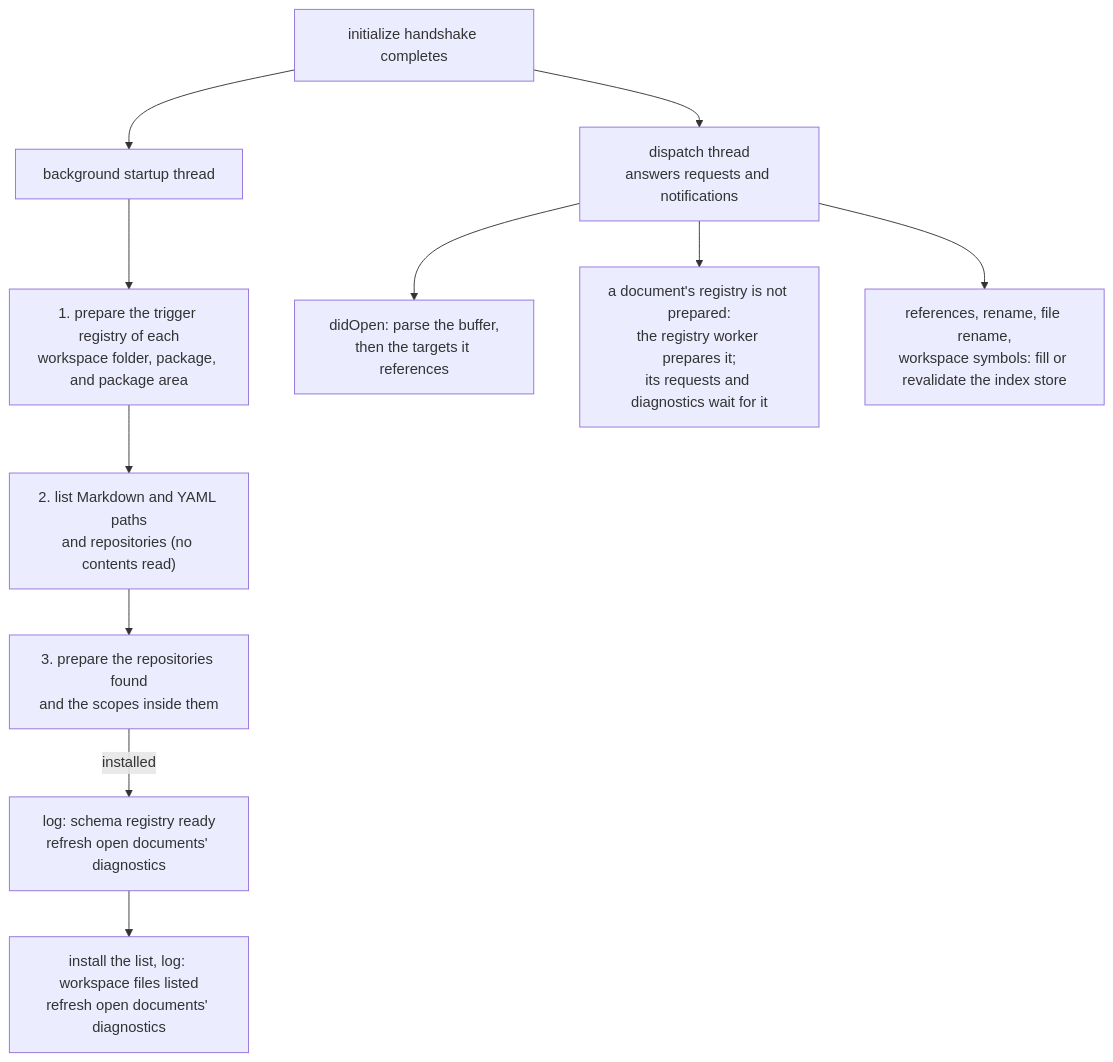
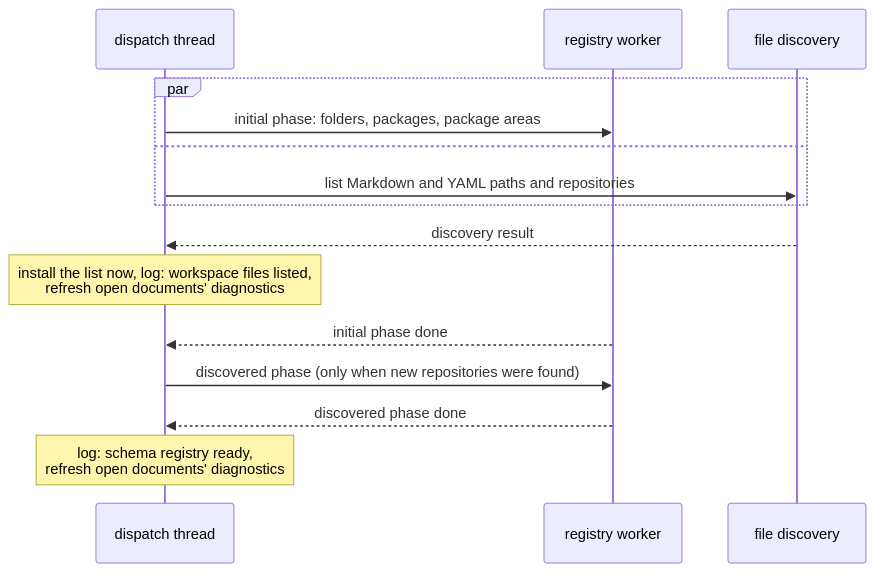
One commit to yankeeinlondon/rusty-biscuit changed the first of 6 diagrams in darkmatter/docs/lsp/indexing.md. Above: the diagram before and after it, drawn with Mermaid. The commit also changed other lines of this file and 11 other files, not shown here.

First line of the commit message:
perf(darkmatter): run startup registry preparation on worker

````diff
--- a/darkmatter/docs/lsp/indexing.md
+++ b/darkmatter/docs/lsp/indexing.md
@@ -61,13 +69,17 @@
 ```mermaid
-flowchart TD
-    H["initialize handshake completes"] --> D["dispatch thread<br/>answers requests and notifications"]
-    H --> S["background startup thread"]
-    S --> R["1. prepare the trigger registry of each<br/>workspace folder, package, and package area"]
-    R --> W["2. list Markdown and YAML paths<br/>and repositories (no contents read)"]
-    W --> N["3. prepare the repositories found<br/>and the scopes inside them"]
-    N -->|"installed"| RL["log: schema registry ready<br/>refresh open documents' diagnostics"]
-    RL --> WL["install the list, log: workspace files listed<br/>refresh open documents' diagnostics"]
-    D --> O["didOpen: parse the buffer,<br/>then the targets it references"]
-    D --> P["a document's registry is not prepared:<br/>the registry worker prepares it;<br/>its requests and diagnostics wait for it"]
-    D --> F["references, rename, file rename,<br/>workspace symbols: fill or revalidate the index store"]
+sequenceDiagram
+    participant D as dispatch thread
+    participant W as registry worker
+    participant F as file discovery
+    par
+        D->>W: initial phase: folders, packages, package areas
+    and
+        D->>F: list Markdown and YAML paths and repositories
+    end
+    F-->>D: discovery result
+    Note over D: install the list now, log: workspace files listed,<br/>refresh open documents' diagnostics
+    W-->>D: initial phase done
+    D->>W: discovered phase (only when new repositories were found)
+    W-->>D: discovered phase done
+    Note over D: log: schema registry ready,<br/>refresh open documents' diagnostics
 ```
````
